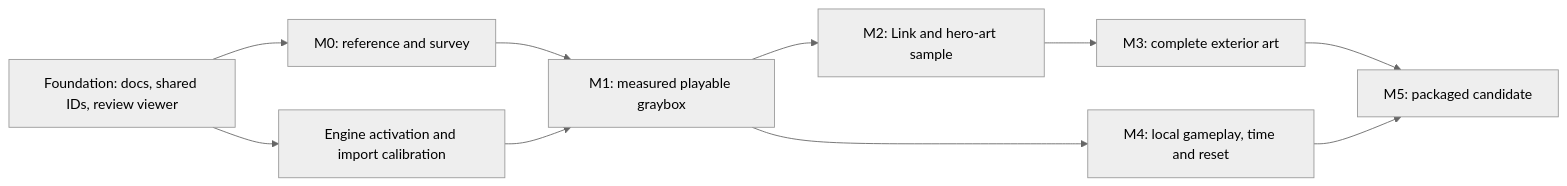
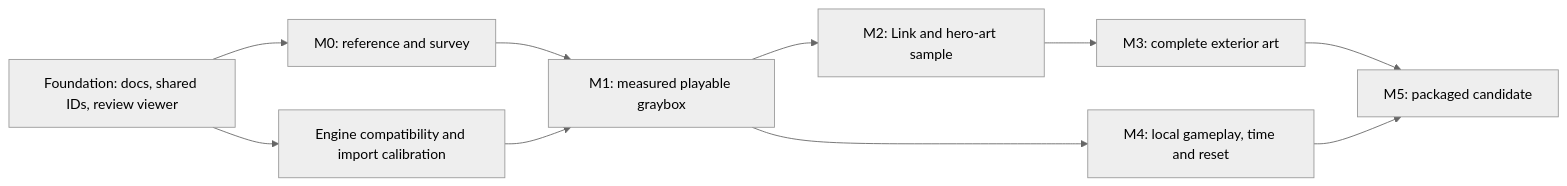
One commit to LouSputthole/Majoras changed the diagram in PROJECT_PLAN.md. Above: the diagram before and after it, drawn with Mermaid (neutral theme). The commit also changed other lines of this file and 34 other files, not shown here.

````diff
--- a/PROJECT_PLAN.md
+++ b/PROJECT_PLAN.md
@@ -51,12 +51,12 @@
 ```mermaid
 flowchart LR
   F[Foundation: docs, shared IDs, review viewer] --> R[M0: reference and survey]
-  F --> U[Engine activation and import calibration]
+  F --> U[Engine compatibility and import calibration]
   R --> B[M1: measured playable graybox]
   U --> B
   B --> A[M2: Link and hero-art sample]
   A --> E[M3: complete exterior art]
   B --> G[M4: local gameplay, time and reset]
   E --> C[M5: packaged candidate]
   G --> C
 ```
````
